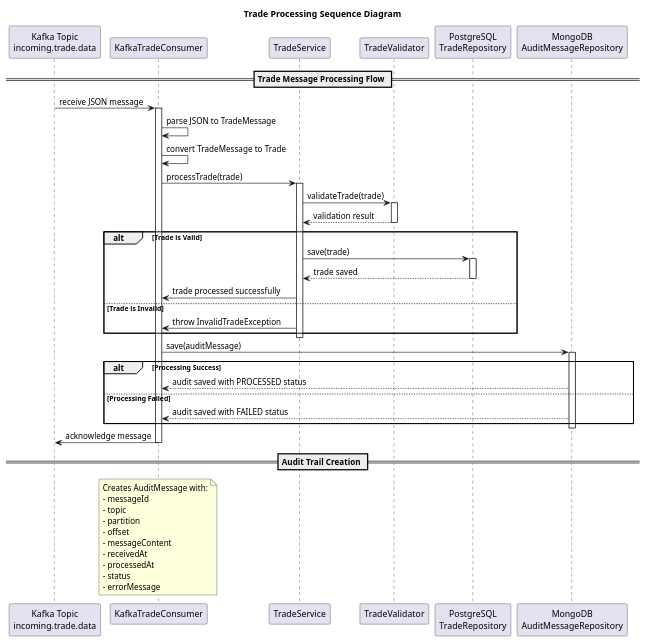
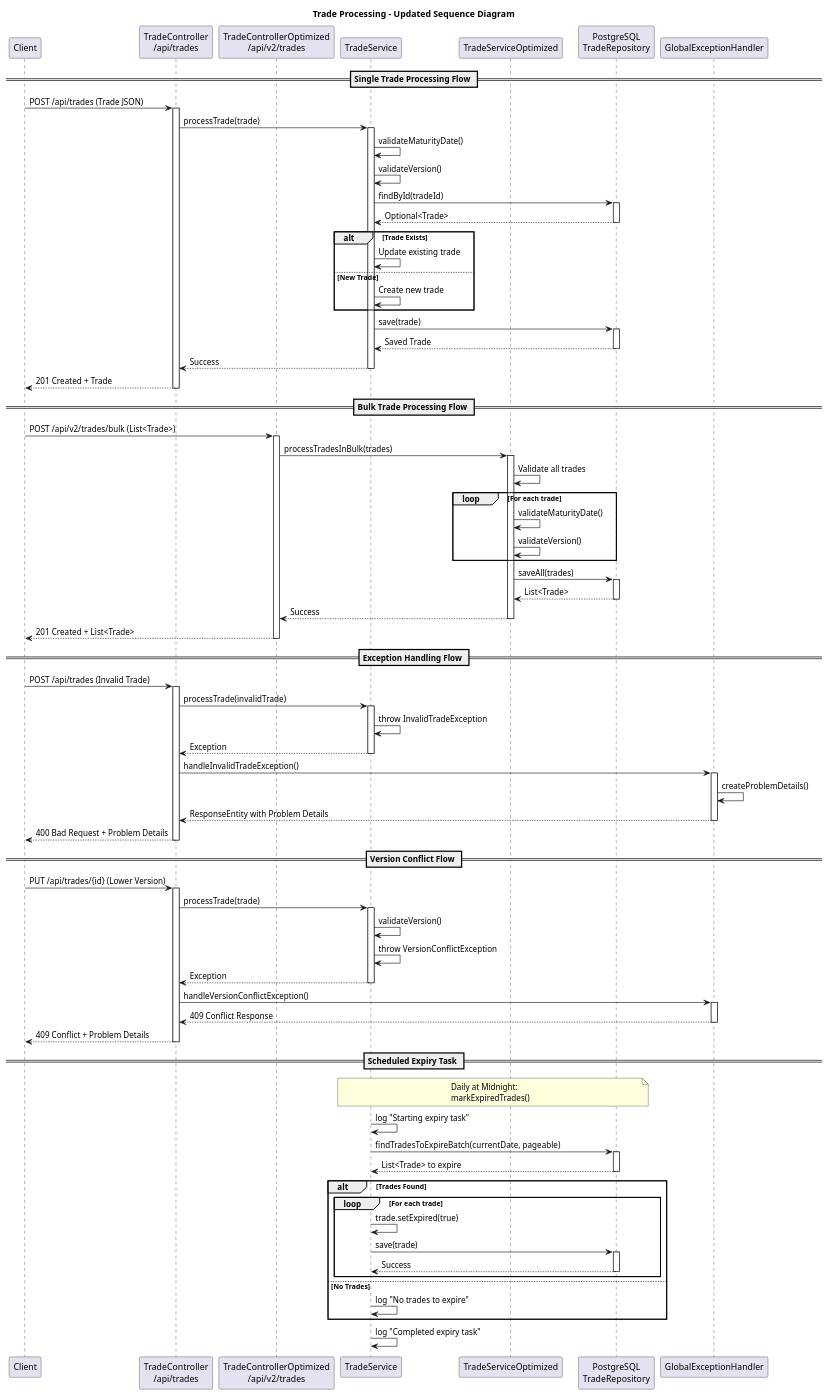
Before and after one commit to priyag82/TradeStore: the diagram in docs/trade-sequence-diagram.puml, drawn with PlantUML. The commit also changed 20 other files, not shown here.

```diff
--- a/docs/trade-sequence-diagram.puml
+++ b/docs/trade-sequence-diagram.puml
@@ -1,56 +1,141 @@
 @startuml Trade Processing Sequence Diagram
 
-title Trade Processing Sequence Diagram
-participant Kafka as "Kafka Topic\nincoming.trade.data"
-participant Consumer as "KafkaTradeConsumer"
+title Trade Processing - Updated Sequence Diagram
+
+participant Client as "Client"
+participant Controller as "TradeController\n/api/trades"
+participant ControllerOpt as "TradeControllerOptimized\n/api/v2/trades"
 participant Service as "TradeService"
-participant Validator as "TradeValidator"
+participant ServiceOpt as "TradeServiceOptimized"
 participant Postgres as "PostgreSQL\nTradeRepository"
-participant Mongo as "MongoDB\nAuditMessageRepository"
+participant ExceptionHandler as "GlobalExceptionHandler"
 
-== Trade Message Processing Flow ==
+== Single Trade Processing Flow ==
 
-Kafka -> Consumer : receive JSON message
-activate Consumer
+Client -> Controller: POST /api/trades (Trade JSON)
+activate Controller
 
-Consumer -> Consumer : parse JSON to TradeMessage
-Consumer -> Consumer : convert TradeMessage to Trade
-
-Consumer -> Service : processTrade(trade)
+Controller -> Service: processTrade(trade)
 activate Service
 
-Service -> Validator : validateTrade(trade)
-activate Validator
-Validator --> Service : validation result
-deactivate Validator
+Service -> Service: validateMaturityDate()
+Service -> Service: validateVersion()
 
-alt Trade is Valid
-    Service -> Postgres : save(trade)
-    activate Postgres
-    Postgres --> Service : trade saved
-    deactivate Postgres
-    
-    Service -> Consumer : trade processed successfully
-else Trade is Invalid
-    Service -> Consumer : throw InvalidTradeException
+Service -> Postgres: findById(tradeId)
+activate Postgres
+Postgres --> Service: Optional<Trade>
+deactivate Postgres
+
+alt Trade Exists
+    Service -> Service: Update existing trade
+else New Trade
+    Service -> Service: Create new trade
 end
 
+Service -> Postgres: save(trade)
+activate Postgres
+Postgres --> Service: Saved Trade
+deactivate Postgres
+
+Service --> Controller: Success
 deactivate Service
 
-Consumer -> Mongo : save(auditMessage)
-activate Mongo
-alt Processing Success
-    Mongo --> Consumer : audit saved with PROCESSED status
-else Processing Failed
-    Mongo --> Consumer : audit saved with FAILED status
+Controller --> Client: 201 Created + Trade
+deactivate Controller
+
+== Bulk Trade Processing Flow ==
+
+Client -> ControllerOpt: POST /api/v2/trades/bulk (List<Trade>)
+activate ControllerOpt
+
+ControllerOpt -> ServiceOpt: processTradesInBulk(trades)
+activate ServiceOpt
+
+ServiceOpt -> ServiceOpt: Validate all trades
+loop For each trade
+    ServiceOpt -> ServiceOpt: validateMaturityDate()
+    ServiceOpt -> ServiceOpt: validateVersion()
 end
-deactivate Mongo
 
-Consumer -> Kafka : acknowledge message
-deactivate Consumer
+ServiceOpt -> Postgres: saveAll(trades)
+activate Postgres
+Postgres --> ServiceOpt: List<Trade>
+deactivate Postgres
 
-== Audit Trail Creation ==
+ServiceOpt --> ControllerOpt: Success
+deactivate ServiceOpt
 
-note over Consumer : Creates AuditMessage with:\n- messageId\n- topic\n- partition\n- offset\n- messageContent\n- receivedAt\n- processedAt\n- status\n- errorMessage
+ControllerOpt --> Client: 201 Created + List<Trade>
+deactivate ControllerOpt
+
+== Exception Handling Flow ==
+
+Client -> Controller: POST /api/trades (Invalid Trade)
+activate Controller
+
+Controller -> Service: processTrade(invalidTrade)
+activate Service
+
+Service -> Service: throw InvalidTradeException
+Service --> Controller: Exception
+deactivate Service
+
+Controller -> ExceptionHandler: handleInvalidTradeException()
+activate ExceptionHandler
+ExceptionHandler -> ExceptionHandler: createProblemDetails()
+ExceptionHandler --> Controller: ResponseEntity with Problem Details
+deactivate ExceptionHandler
+
+Controller --> Client: 400 Bad Request + Problem Details
+deactivate Controller
+
+== Version Conflict Flow ==
+
+Client -> Controller: PUT /api/trades/{id} (Lower Version)
+activate Controller
+
+Controller -> Service: processTrade(trade)
+activate Service
+
+Service -> Service: validateVersion()
+Service -> Service: throw VersionConflictException
+Service --> Controller: Exception
+deactivate Service
+
+Controller -> ExceptionHandler: handleVersionConflictException()
+activate ExceptionHandler
+ExceptionHandler --> Controller: 409 Conflict Response
+deactivate ExceptionHandler
+
+Controller --> Client: 409 Conflict + Problem Details
+deactivate Controller
+
+== Scheduled Expiry Task ==
+
+note over Service, Postgres
+    Daily at Midnight:
+    markExpiredTrades()
+end note
+
+Service -> Service: log "Starting expiry task"
+
+Service -> Postgres: findTradesToExpireBatch(currentDate, pageable)
+activate Postgres
+Postgres --> Service: List<Trade> to expire
+deactivate Postgres
+
+alt Trades Found
+    loop For each trade
+        Service -> Service: trade.setExpired(true)
+        Service -> Postgres: save(trade)
+        activate Postgres
+        Postgres --> Service: Success
+        deactivate Postgres
+    end
+else No Trades
+    Service -> Service: log "No trades to expire"
+end
+
+Service -> Service: log "Completed expiry task"
 
 @enduml
```
